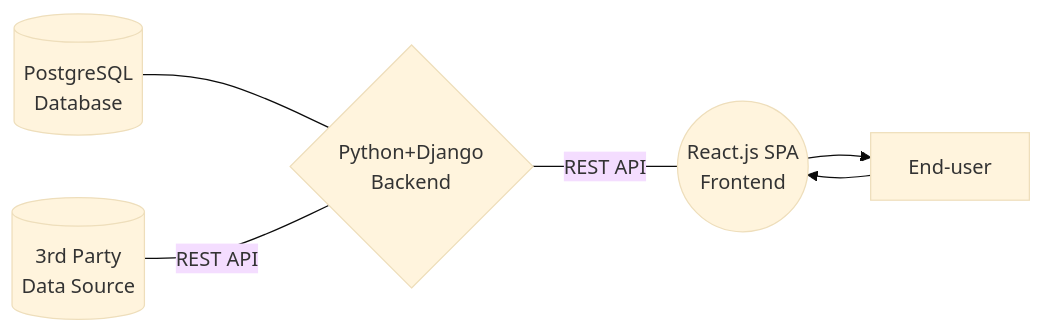
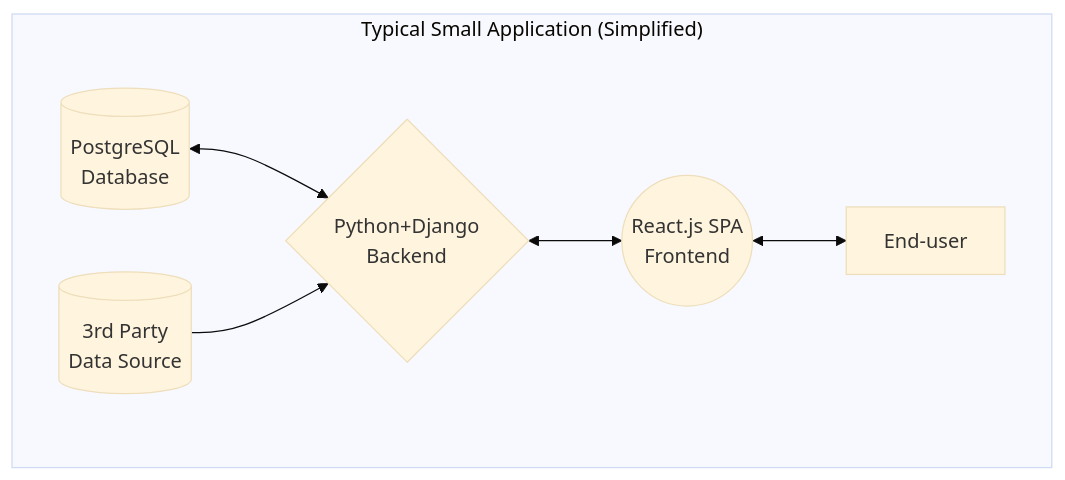
The diagram in docs/tech.md (Vigrond/devittdev), drawn with Mermaid (base theme) before and after one commit. The commit also changed other lines of this file and 8 other files, not shown here.

Commit message:
stripe updates, flow cname

````diff
--- a/docs/tech.md
+++ b/docs/tech.md
@@ -26,8 +26,10 @@
 ``` mermaid
-graph LR
-  A[(PostgreSQL<br/>Database)] --- B{Python+Django<br/>Backend};
-  B ---|REST API| C((React.js SPA<br/>Frontend));
-  E[(3rd Party<br/>Data Source)] ---|REST API| B;
-  C --> D[End-user];
-  D --> C;
+flowchart LR
+  subgraph S1 ["Typical Small Application (Simplified)"]
+    direction LR
+    A[(PostgreSQL<br/>Database)] <--> B{Python+Django<br/>Backend};
+    B <--> C((React.js SPA<br/>Frontend));
+    E[(3rd Party<br/>Data Source)] --> B;
+    C <--> D[End-user];
+  end
 ```
````
